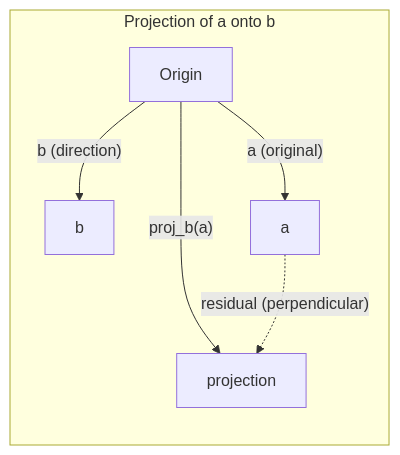
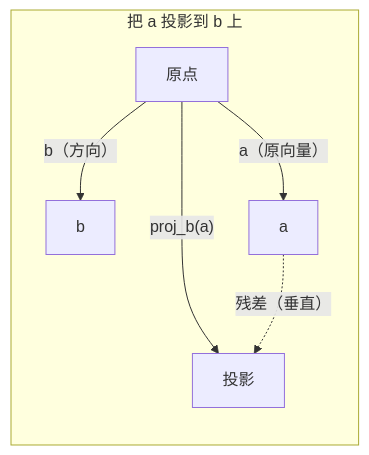
Before and after one commit to husky1102/ai-engineering-from-scratch-zh: the second of 2 diagrams in phases/01-math-foundations/01-linear-algebra-intuition/docs/zh-CN.md, drawn with Mermaid. The commit also changed other lines of this file, not shown here.

````diff
--- a/phases/01-math-foundations/01-linear-algebra-intuition/docs/zh-CN.md
+++ b/phases/01-math-foundations/01-linear-algebra-intuition/docs/zh-CN.md
@@ -135,10 +135,10 @@
 ```mermaid
 graph LR
-    subgraph Projection["Projection of a onto b"]
+    subgraph Projection["把 a 投影到 b 上"]
         direction TB
-        O["Origin"] --> |"b (direction)"| B["b"]
-        O --> |"a (original)"| A["a"]
-        O --> |"proj_b(a)"| P["projection"]
-        A -.-> |"residual (perpendicular)"| P
+        O["原点"] --> |"b（方向）"| B["b"]
+        O --> |"a（原向量）"| A["a"]
+        O --> |"proj_b(a)"| P["投影"]
+        A -.-> |"残差（垂直）"| P
     end
 ```
````
